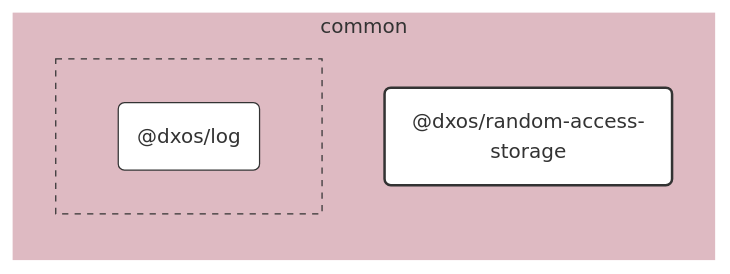
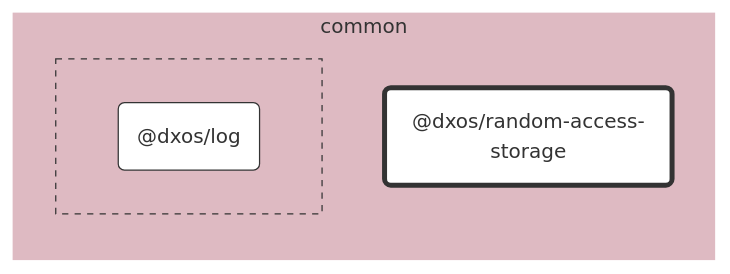
One commit to dxos/dxos changed the diagram in packages/common/random-access-storage/docs/README.md. Above: the diagram before and after it, drawn with Mermaid. The commit also changed 104 other files, not shown here.

````diff
--- a/packages/common/random-access-storage/docs/README.md
+++ b/packages/common/random-access-storage/docs/README.md
@@ -7,33 +7,26 @@
 ```mermaid
 %%{ init: {'flowchart':{'curve':'basis'}} }%%
 
 flowchart LR
 
-%% Links
+%% Classes
+classDef def fill:#fff,stroke:#333,stroke-width:1px
+classDef root fill:#fff,stroke:#333,stroke-width:4px
 
-%% Sections
-subgraph common
-  style common fill:#debac2,stroke:#fff;
+%% Nodes
 
-  dxos/random-access-storage("@dxos/random-access-storage")
+subgraph common [common]
+  style common fill:#debac2,stroke:#fff
+  dxos/random-access-storage("@dxos/random-access-storage"):::root
+  click dxos/random-access-storage "dxos/dxos/tree/main/packages/common/random-access-storage/docs"
 
   subgraph common-excluded [ ]
-    style common-excluded fill:#debac2,stroke:#333,stroke-dasharray:5 5;
-
-    dxos/log("@dxos/log")
+    style common-excluded fill:#debac2,stroke:#333,stroke-dasharray:5 5
+    dxos/log("@dxos/log"):::def
+    click dxos/log "dxos/dxos/tree/main/packages/common/log/docs"
   end
 end
 
-
-%% Hyperlinks
-click dxos/log "dxos/dxos/tree/main/packages/common/log/docs";
-
-%% Styles
-classDef rootNode fill:#fff,stroke:#333,stroke-width:2px
-classDef defaultNode fill:#fff,stroke:#333,stroke-width:1px
+%% Links
 linkStyle default stroke:#333,stroke-width:1px
-
-dxos/random-access-storage:::rootNode
-
-dxos/log:::defaultNode
 ```
````
